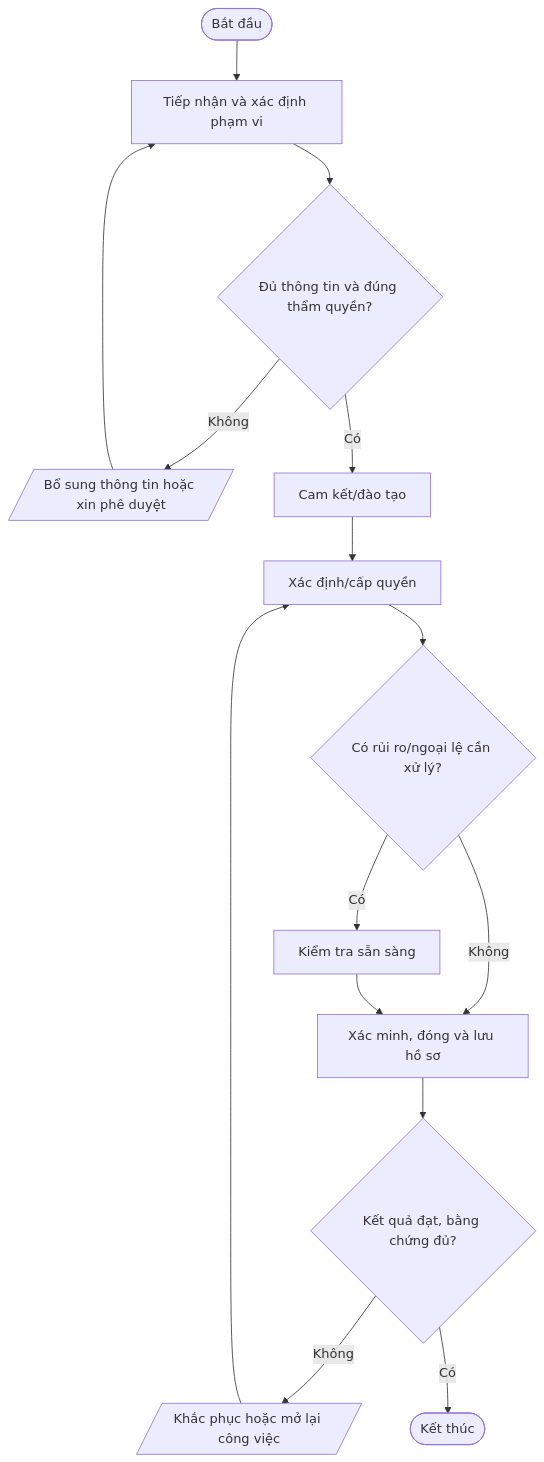
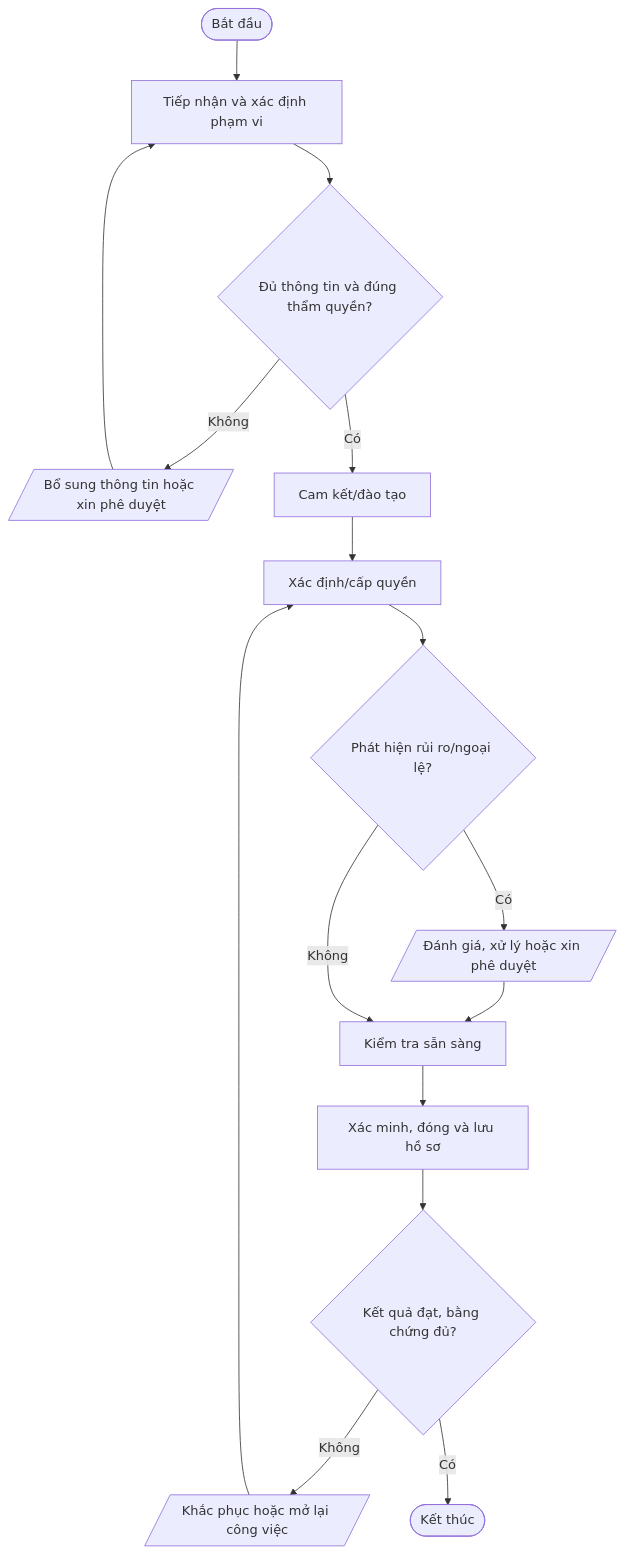
The first of 5 diagrams in quy-trinh/05-Nhan-su/README.md (daoaigiangnam/Quy_Trinh_Chuan), drawn with Mermaid before and after one commit. The commit also changed other lines of this file, not shown here.

Commit message:
docs: correct procedure flowchart decision paths

````diff
--- a/quy-trinh/05-Nhan-su/README.md
+++ b/quy-trinh/05-Nhan-su/README.md
@@ -51,17 +51,18 @@
 ```mermaid
 flowchart TD
   A([Bắt đầu]) --> S1["Tiếp nhận và xác định phạm vi"]
   S1 --> D1{"Đủ thông tin và đúng thẩm quyền?"}
   D1 -- Không --> F1[/"Bổ sung thông tin hoặc xin phê duyệt"/]
   F1 --> S1
   D1 -- Có --> S2["Cam kết/đào tạo"]
   S2 --> S3["Xác định/cấp quyền"]
-  S3 --> D2{"Có rủi ro/ngoại lệ cần xử lý?"}
-  D2 -- Có --> S4["Kiểm tra sẵn sàng"]
-  D2 -- Không --> S5["Xác minh, đóng và lưu hồ sơ"]
-  S4 --> S5
+  S3 --> D2{"Phát hiện rủi ro/ngoại lệ?"}
+  D2 -- Có --> RISK[/"Đánh giá, xử lý hoặc xin phê duyệt"/]
+  RISK --> S4["Kiểm tra sẵn sàng"]
+  D2 -- Không --> S4
+  S4 --> S5["Xác minh, đóng và lưu hồ sơ"]
   S5 --> D3{"Kết quả đạt, bằng chứng đủ?"}
   D3 -- Không --> R[/"Khắc phục hoặc mở lại công việc"/]
   R --> S3
   D3 -- Có --> Z([Kết thúc])
 ```
````
